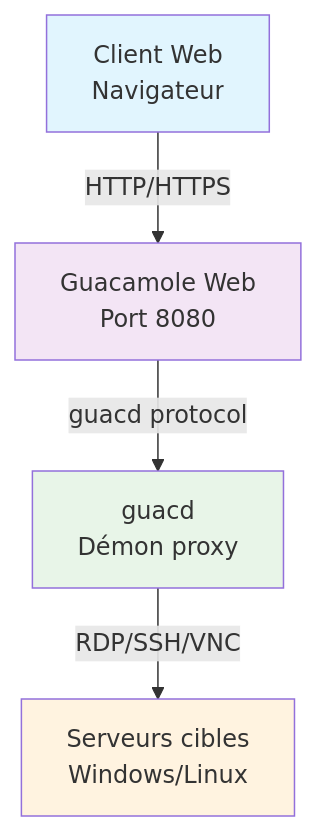
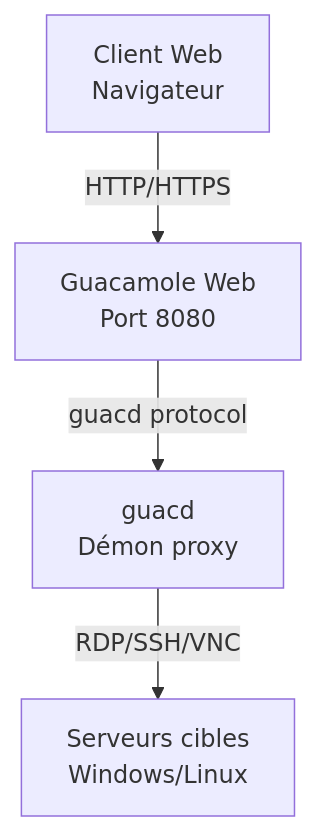
The diagram in EXT-TP-BASTION/README.md (maxime-rolland/COURS_LINUX_SERVEUR), drawn with Mermaid before and after one commit.

Commit message:
Remove unnecessary styling from the architecture diagram in README.md for cleaner presentation

````diff
--- a/EXT-TP-BASTION/README.md
+++ b/EXT-TP-BASTION/README.md
@@ -70,11 +70,7 @@
 ```mermaid
 graph TD
     A[Client Web<br/>Navigateur] -->|HTTP/HTTPS| B[Guacamole Web<br/>Port 8080]
     B -->|guacd protocol| C[guacd<br/>Démon proxy]
     C -->|RDP/SSH/VNC| D[Serveurs cibles<br/>Windows/Linux]
-    
-    style A fill:#e1f5fe
-    style B fill:#f3e5f5
-    style C fill:#e8f5e8
-    style D fill:#fff3e0
+
 ```
````
